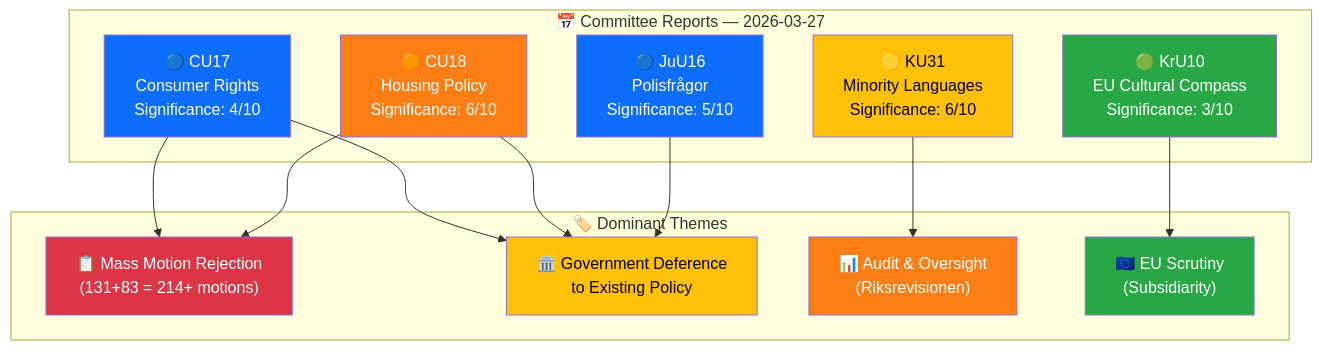
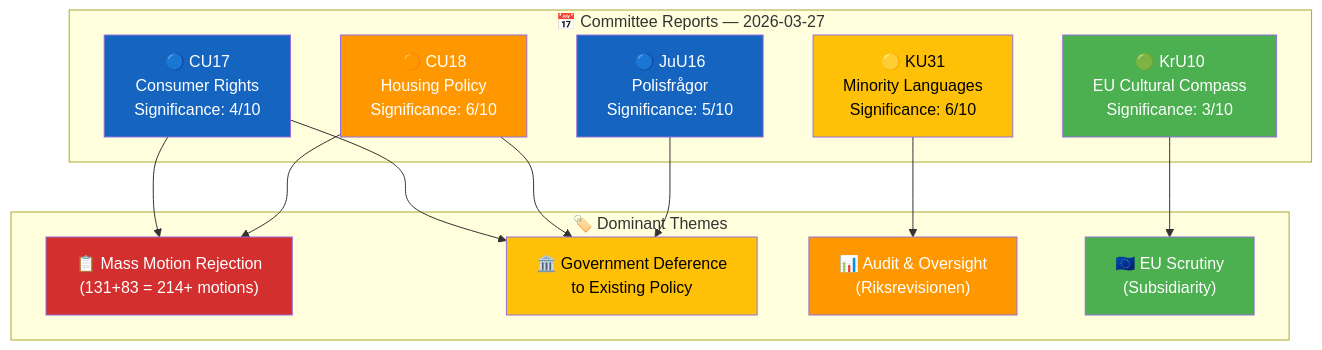
Before and after one commit to Hack23/riksdagsmonitor: the diagram in analysis/daily/2026-03-27/committeeReports/synthesis-summary.md, drawn with Mermaid. The commit also changed 785 other files, not shown here.

First line of the commit message:
Normalize mermaid colors across 786 analysis artifacts to ISMS Style Guide palette

````diff
--- a/analysis/daily/2026-03-27/committeeReports/synthesis-summary.md
+++ b/analysis/daily/2026-03-27/committeeReports/synthesis-summary.md
@@ -30,35 +30,35 @@
 ```mermaid
 graph TD
     subgraph "📅 Committee Reports — 2026-03-27"
         JuU16["🔵 JuU16<br/>Polisfrågor<br/>Significance: 5/10"]
         KrU10["🟢 KrU10<br/>EU Cultural Compass<br/>Significance: 3/10"]
         KU31["🟡 KU31<br/>Minority Languages<br/>Significance: 6/10"]
         CU18["🟠 CU18<br/>Housing Policy<br/>Significance: 6/10"]
         CU17["🔵 CU17<br/>Consumer Rights<br/>Significance: 4/10"]
     end
 
     subgraph "🏷️ Dominant Themes"
         T1["📋 Mass Motion Rejection<br/>(131+83 = 214+ motions)"]
         T2["🏛️ Government Deference<br/>to Existing Policy"]
         T3["📊 Audit & Oversight<br/>(Riksrevisionen)"]
         T4["🇪🇺 EU Scrutiny<br/>(Subsidiarity)"]
     end
 
     CU18 --> T1
     CU17 --> T1
     JuU16 --> T2
     CU18 --> T2
     CU17 --> T2
     KU31 --> T3
     KrU10 --> T4
 
-    style KU31 fill:#ffc107,color:#000
-    style CU18 fill:#fd7e14,color:#fff
-    style JuU16 fill:#0d6efd,color:#fff
-    style CU17 fill:#0d6efd,color:#fff
-    style KrU10 fill:#28a745,color:#fff
-    style T1 fill:#dc3545,color:#fff
-    style T2 fill:#ffc107,color:#000
-    style T3 fill:#fd7e14,color:#fff
-    style T4 fill:#28a745,color:#fff
+    style KU31 fill:#FFC107,color:#000000
+    style CU18 fill:#FF9800,color:#FFFFFF
+    style JuU16 fill:#1565C0,color:#FFFFFF
+    style CU17 fill:#1565C0,color:#FFFFFF
+    style KrU10 fill:#4CAF50,color:#FFFFFF
+    style T1 fill:#D32F2F,color:#FFFFFF
+    style T2 fill:#FFC107,color:#000000
+    style T3 fill:#FF9800,color:#FFFFFF
+    style T4 fill:#4CAF50,color:#FFFFFF
 ```
````
